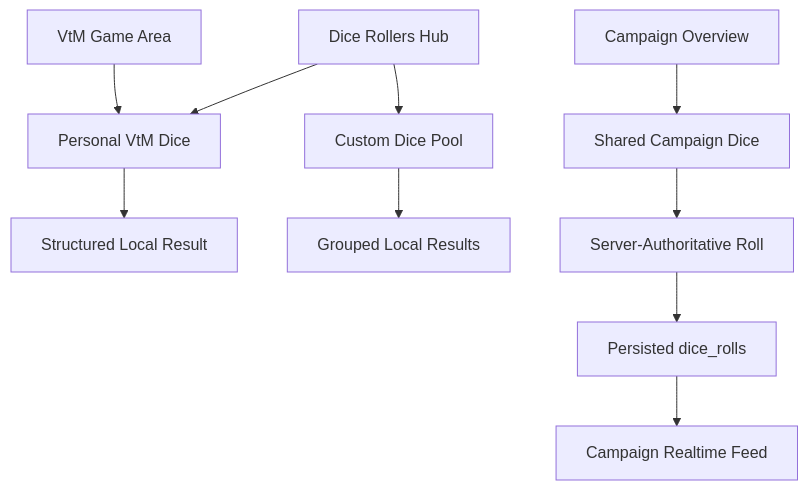
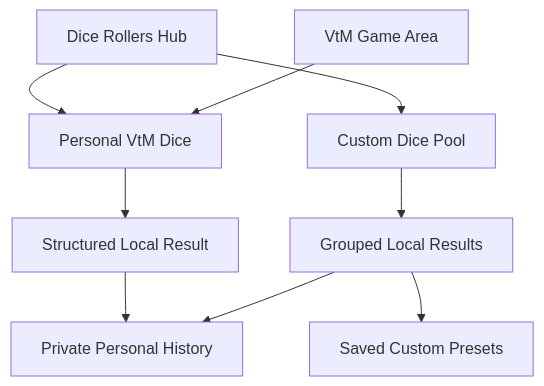
One commit to Andrey-0101/ttrpg-website changed the fourth of 6 diagrams in docs/product/SITE_MAP.md. Above: the diagram before and after it, drawn with Mermaid. The commit also changed other lines of this file and 16 other files, not shown here.

First line of the commit message:
Adopt standalone-video-first roadmap (#27)

````diff
--- a/docs/product/SITE_MAP.md
+++ b/docs/product/SITE_MAP.md
@@ -122,14 +116,12 @@
 ```mermaid
 flowchart TD
     HUB["Dice Rollers Hub"] --> PERSONAL_DICE["Personal VtM Dice"]
     VTM["VtM Game Area"] --> PERSONAL_DICE
     HUB --> CUSTOM["Custom Dice Pool"]
-    CAMPAIGN["Campaign Overview"] --> CAMPAIGN_DICE["Shared Campaign Dice"]
 
     PERSONAL_DICE --> LOCAL_RESULT["Structured Local Result"]
     CUSTOM --> CUSTOM_RESULT["Grouped Local Results"]
-
-    CAMPAIGN_DICE --> SERVER_ROLL["Server-Authoritative Roll"]
-    SERVER_ROLL --> DATABASE["Persisted dice_rolls"]
-    DATABASE --> REALTIME["Campaign Realtime Feed"]
+    LOCAL_RESULT --> PERSONAL_HISTORY["Private Personal History"]
+    CUSTOM_RESULT --> PRESETS["Saved Custom Presets"]
+    CUSTOM_RESULT --> PERSONAL_HISTORY
 ```
````
